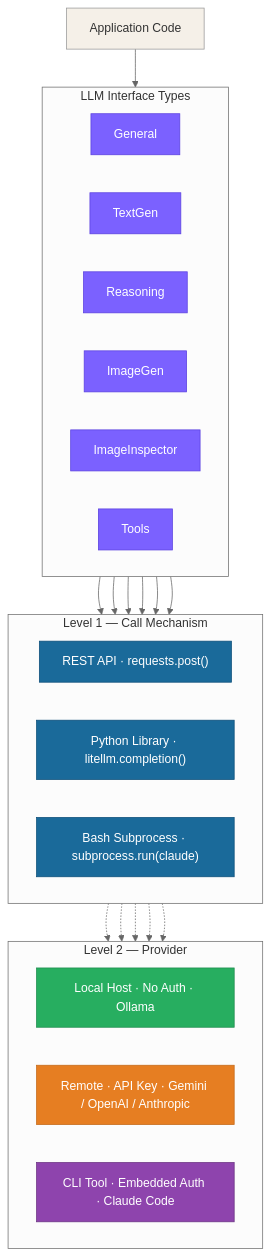
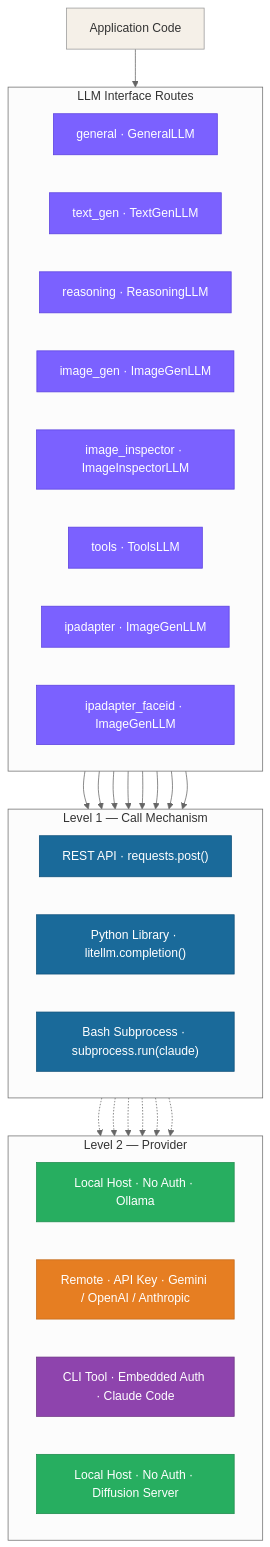
Before and after one commit to E-Brons/llm_gateway: the first of 2 diagrams in docs/software/llm-interfaces.md, drawn with Mermaid (neutral theme). The commit also changed other lines of this file and 20 other files, not shown here.

````diff
--- a/docs/software/llm-interfaces.md
+++ b/docs/software/llm-interfaces.md
@@ -63,41 +67,45 @@
 ```mermaid
 graph TB
     classDef appLayer   fill:#F5F0E8,color:#333,stroke:#999
     classDef ifaceLayer fill:#7B61FF,color:#fff,stroke:#5B41DF
     classDef mechLayer  fill:#1A6A9A,color:#fff,stroke:#0D4F7A
     classDef localProv  fill:#27AE60,color:#fff,stroke:#1E8C4E
     classDef remoteProv fill:#E67E22,color:#fff,stroke:#C46A1A
     classDef cliProv    fill:#8E44AD,color:#fff,stroke:#6C3483
 
     AppCode["Application Code"]:::appLayer
 
-    subgraph Ifaces["LLM Interface Types"]
+    subgraph Ifaces["LLM Interface Routes"]
         direction LR
-        I1["General"]:::ifaceLayer
-        I2["TextGen"]:::ifaceLayer
-        I3["Reasoning"]:::ifaceLayer
-        I4["ImageGen"]:::ifaceLayer
-        I5["ImageInspector"]:::ifaceLayer
-        I6["Tools"]:::ifaceLayer
+        I1["general · GeneralLLM"]:::ifaceLayer
+        I2["text_gen · TextGenLLM"]:::ifaceLayer
+        I3["reasoning · ReasoningLLM"]:::ifaceLayer
+        I4["image_gen · ImageGenLLM"]:::ifaceLayer
+        I5["image_inspector · ImageInspectorLLM"]:::ifaceLayer
+        I6["tools · ToolsLLM"]:::ifaceLayer
+        I7["ipadapter · ImageGenLLM"]:::ifaceLayer
+        I8["ipadapter_faceid · ImageGenLLM"]:::ifaceLayer
     end
 
     subgraph Mechs["Level 1 — Call Mechanism"]
         direction LR
         M1["REST API · requests.post()"]:::mechLayer
         M2["Python Library · litellm.completion()"]:::mechLayer
         M3["Bash Subprocess · subprocess.run(claude)"]:::mechLayer
     end
 
     subgraph Provs["Level 2 — Provider"]
         direction LR
         P1["Local Host · No Auth · Ollama"]:::localProv
         P2["Remote · API Key · Gemini / OpenAI / Anthropic"]:::remoteProv
         P3["CLI Tool · Embedded Auth · Claude Code"]:::cliProv
+        P4["Local Host · No Auth · Diffusion Server"]:::localProv
     end
 
     AppCode --> Ifaces
     I1 & I2 & I3 & I4 & I5 & I6 --> Mechs
-    M1 .-> P1 & P2
+    I7 & I8 --> M1
+    M1 .-> P1 & P2 & P4
     M2 .-> P1 & P2
     M3 .-> P3
 ```
````
